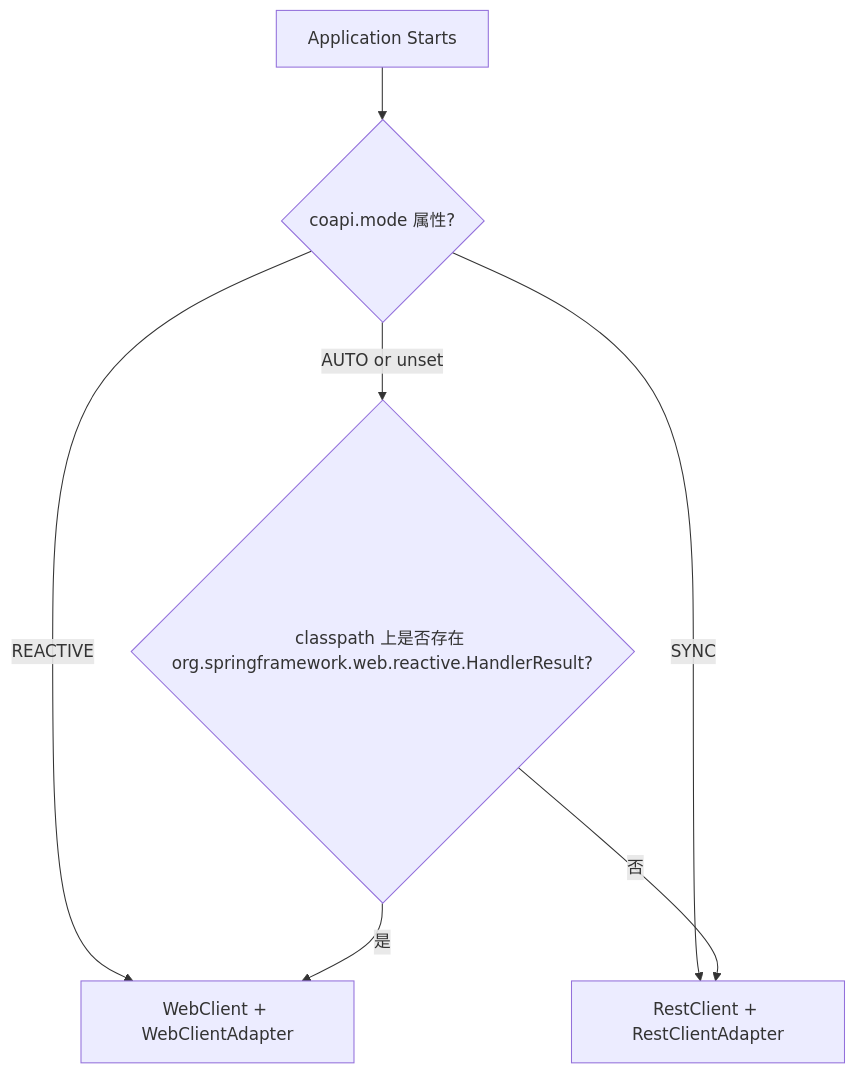
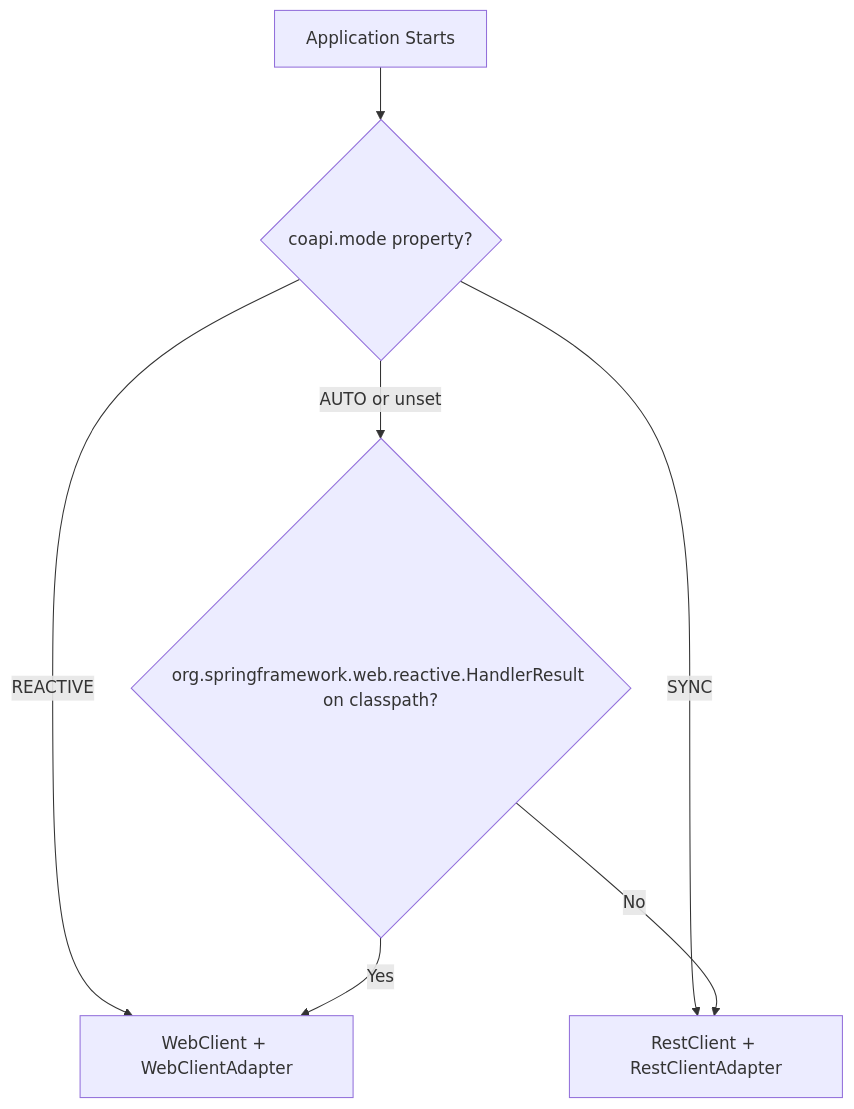
Before and after one commit to Ahoo-Wang/CoApi: the third of 4 diagrams in wiki/getting-started/overview.md, drawn with Mermaid. The commit also changed other lines of this file and 12 other files, not shown here.

````diff
--- a/wiki/getting-started/overview.md
+++ b/wiki/getting-started/overview.md
@@ -98,10 +98,10 @@
 ```mermaid
 flowchart TD
-    A[Application Starts] --> B{"coapi.mode 属性?"}
+    A[Application Starts] --> B{"coapi.mode property?"}
     B -->|REACTIVE| C["WebClient + WebClientAdapter"]
     B -->|SYNC| D["RestClient + RestClientAdapter"]
-    B -->|AUTO or unset| E{classpath 上是否存在 org.springframework.web.reactive.HandlerResult?}
-    E -->|是| C
-    E -->|否| D
+    B -->|AUTO or unset| E{org.springframework.web.reactive.HandlerResult on classpath?}
+    E -->|Yes| C
+    E -->|No| D
 
 ```
````
